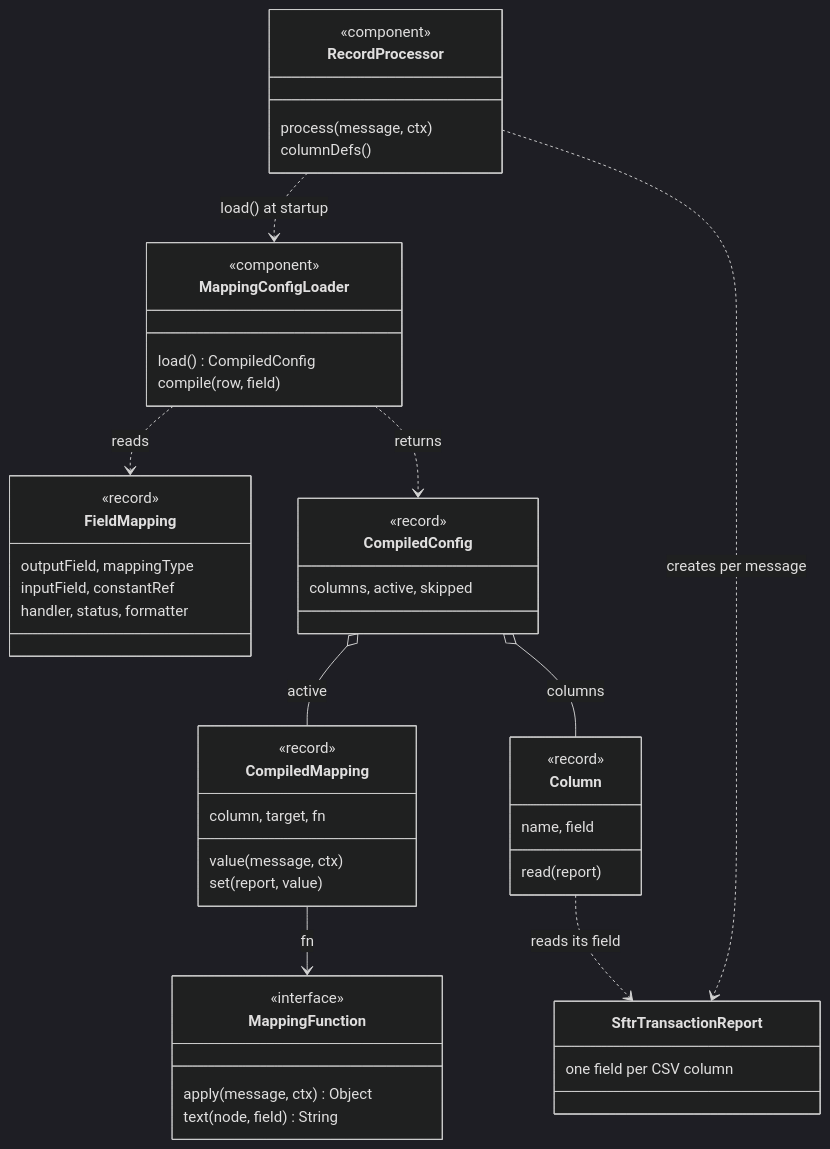
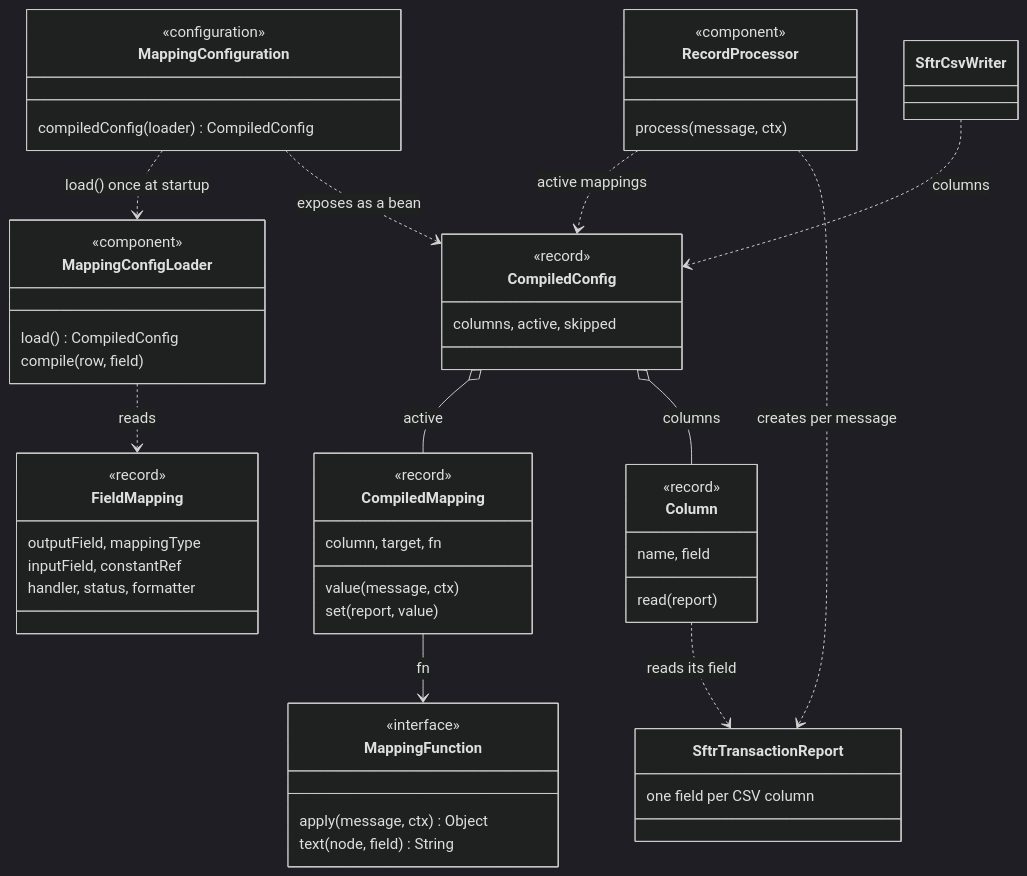
The fourth of 15 diagrams in docs/c4-architecture.md (shanregs/msg-transformer), drawn with Mermaid (dark theme) before and after one commit. The commit also changed other lines of this file and 18 other files, not shown here.

First line of the commit message:
Decouple the report sinks from RecordProcessor (#14)

````diff
--- a/docs/c4-architecture.md
+++ b/docs/c4-architecture.md
@@ -117,51 +120,56 @@
 ```mermaid
 classDiagram
     class FieldMapping {
         <<record>>
         outputField, mappingType
         inputField, constantRef
         handler, status, formatter
     }
     class MappingConfigLoader {
         <<component>>
         load() CompiledConfig
         compile(row, field)
     }
     class RecordProcessor {
         <<component>>
         process(message, ctx)
-        columnDefs()
+    }
+    class MappingConfiguration {
+        <<configuration>>
+        compiledConfig(loader) CompiledConfig
     }
     class CompiledConfig {
         <<record>>
         columns, active, skipped
     }
     class CompiledMapping {
         <<record>>
         column, target, fn
         value(message, ctx)
         set(report, value)
     }
     class Column {
         <<record>>
         name, field
         read(report)
     }
     class MappingFunction {
         <<interface>>
         apply(message, ctx) Object
         text(node, field) String
     }
     class SftrTransactionReport {
         one field per CSV column
     }
 
     MappingConfigLoader ..> FieldMapping : reads
-    RecordProcessor ..> MappingConfigLoader : load() at startup
-    MappingConfigLoader ..> CompiledConfig : returns
+    MappingConfiguration ..> MappingConfigLoader : load() once at startup
+    MappingConfiguration ..> CompiledConfig : exposes as a bean
+    RecordProcessor ..> CompiledConfig : active mappings
+    SftrCsvWriter ..> CompiledConfig : columns
     CompiledConfig o-- CompiledMapping : active
     CompiledConfig o-- Column : columns
     CompiledMapping --> MappingFunction : fn
     RecordProcessor ..> SftrTransactionReport : creates per message
     Column ..> SftrTransactionReport : reads its field
 ```
````
